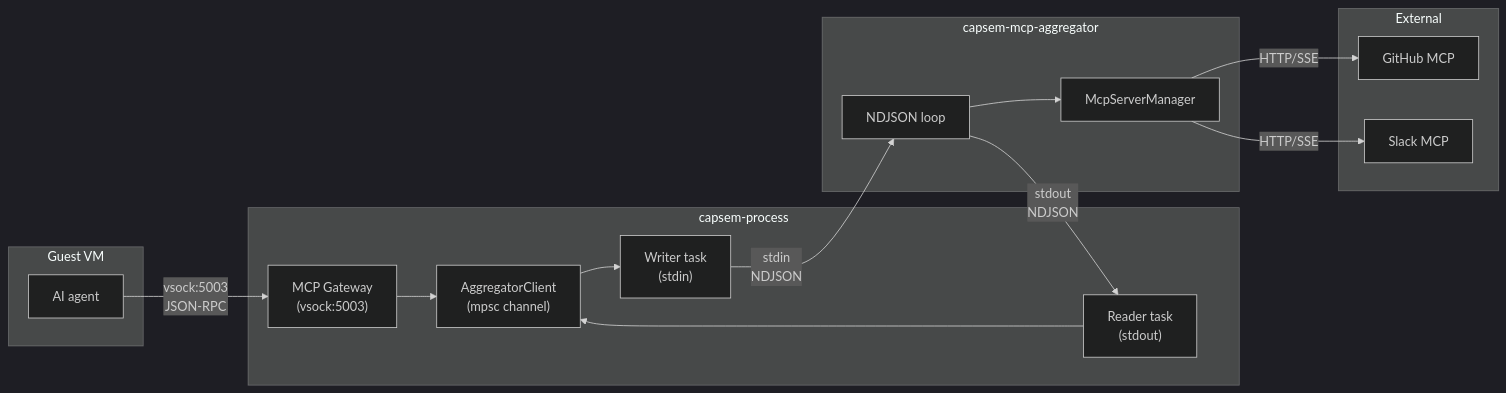
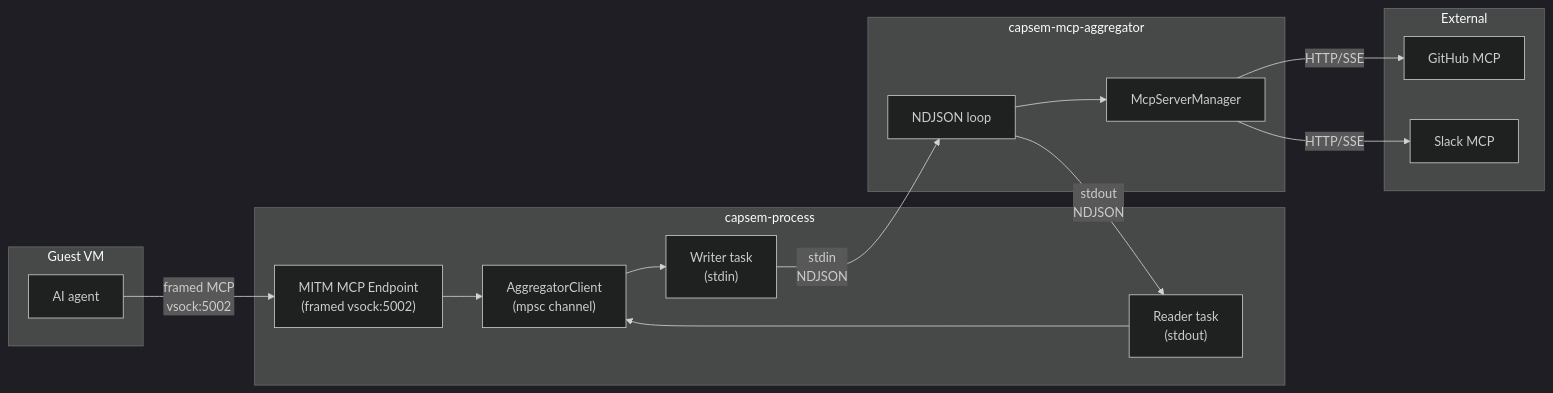
One commit to google/capsem changed the first of 2 diagrams in docs/src/content/docs/architecture/mcp-aggregator.md. Above: the diagram before and after it, drawn with Mermaid (dark theme). The commit also changed other lines of this file and 552 other files, not shown here.

````diff
--- a/docs/src/content/docs/architecture/mcp-aggregator.md
+++ b/docs/src/content/docs/architecture/mcp-aggregator.md
@@ -31,33 +31,33 @@
 ```mermaid
 graph LR
     subgraph "Guest VM"
         AGENT["AI agent"]
     end
 
     subgraph "capsem-process"
-        GW["MCP Gateway<br/>(vsock:5003)"]
+        EP["MITM MCP Endpoint<br/>(framed vsock:5002)"]
         CLIENT["AggregatorClient<br/>(mpsc channel)"]
         WRITER["Writer task<br/>(stdin)"]
         READER["Reader task<br/>(stdout)"]
     end
 
     subgraph "capsem-mcp-aggregator"
         MAIN["NDJSON loop"]
         MGR["McpServerManager"]
     end
 
     subgraph "External"
         EXT1["GitHub MCP"]
         EXT2["Slack MCP"]
     end
 
-    AGENT -->|"vsock:5003<br/>JSON-RPC"| GW
-    GW --> CLIENT
+    AGENT -->|"framed MCP<br/>vsock:5002"| EP
+    EP --> CLIENT
     CLIENT --> WRITER
     WRITER -->|"stdin<br/>NDJSON"| MAIN
     MAIN --> MGR
     MGR -->|"HTTP/SSE"| EXT1
     MGR -->|"HTTP/SSE"| EXT2
     MAIN -->|"stdout<br/>NDJSON"| READER
     READER --> CLIENT
 ```
````
